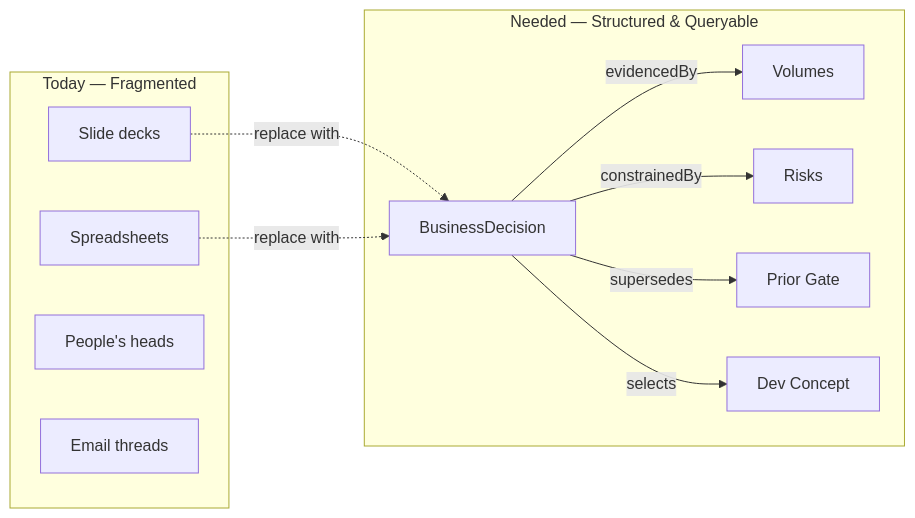
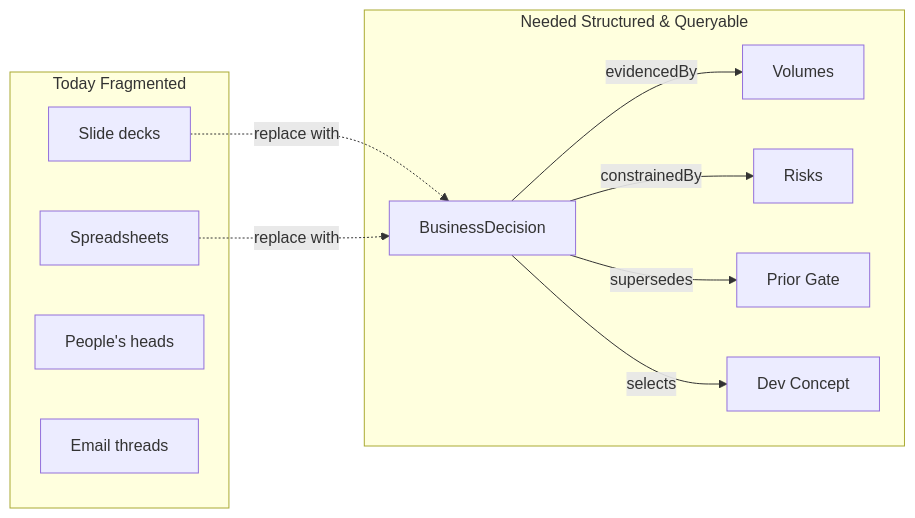
The first of 10 diagrams in md/BusinessDecision.md (equinor/ores), drawn with Mermaid before and after one commit. The commit also changed other lines of this file and 9 other files, not shown here.

````diff
--- a/md/BusinessDecision.md
+++ b/md/BusinessDecision.md
@@ -11,18 +11,18 @@
 ```mermaid
 graph LR
-    subgraph "Today — Fragmented"
+    subgraph "Today  Fragmented"
         PPT["Slide decks"]
         XLS["Spreadsheets"]
         HEAD["People's heads"]
         EMAIL["Email threads"]
     end
-    subgraph "Needed — Structured & Queryable"
+    subgraph "Needed  Structured & Queryable"
         BD["BusinessDecision"]
         BD -->|evidencedBy| VOL["Volumes"]
         BD -->|constrainedBy| RISK["Risks"]
         BD -->|supersedes| PREV["Prior Gate"]
         BD -->|selects| CONCEPT["Dev Concept"]
     end
     PPT -.->|"replace with"| BD
     XLS -.->|"replace with"| BD
 ```
````
